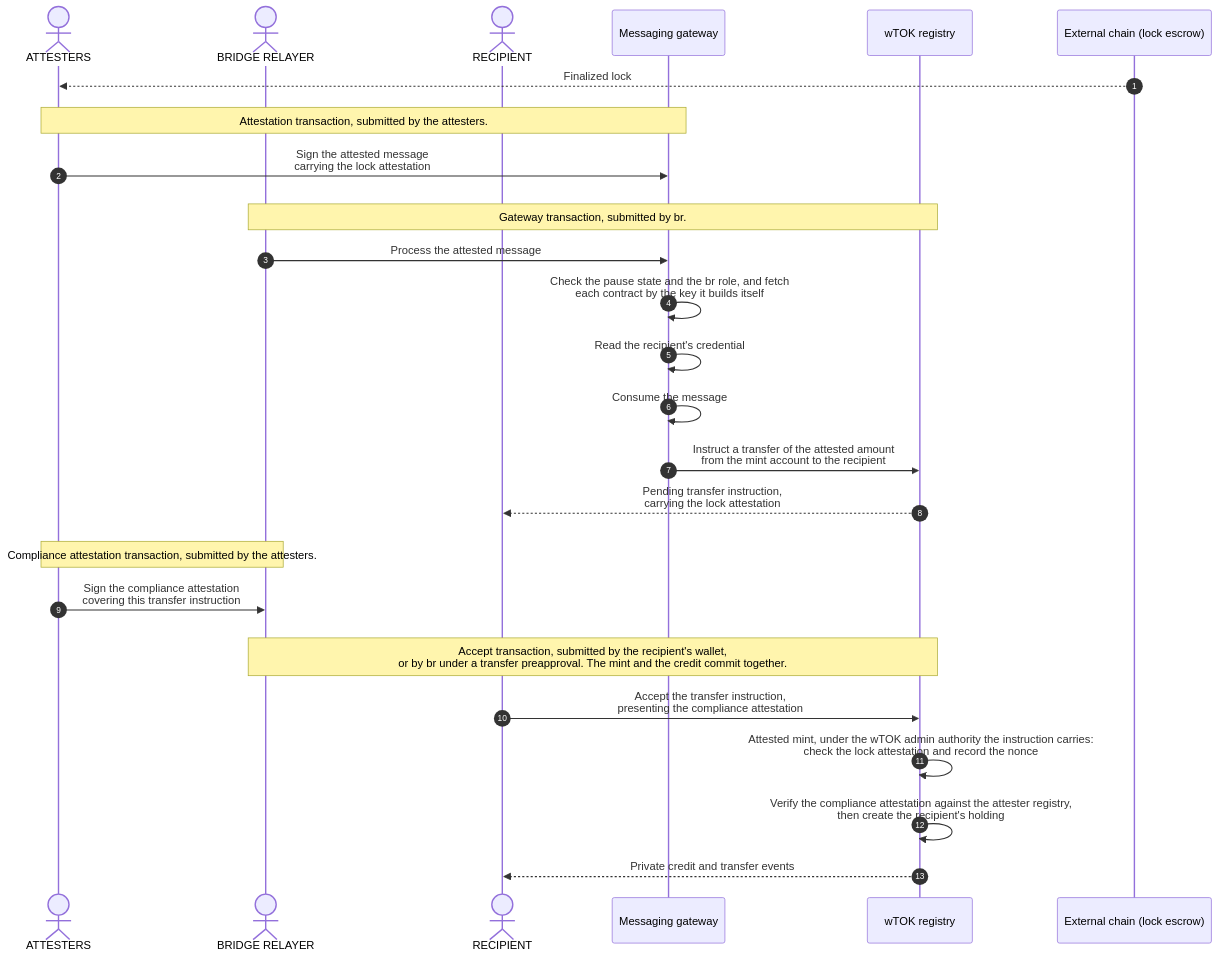
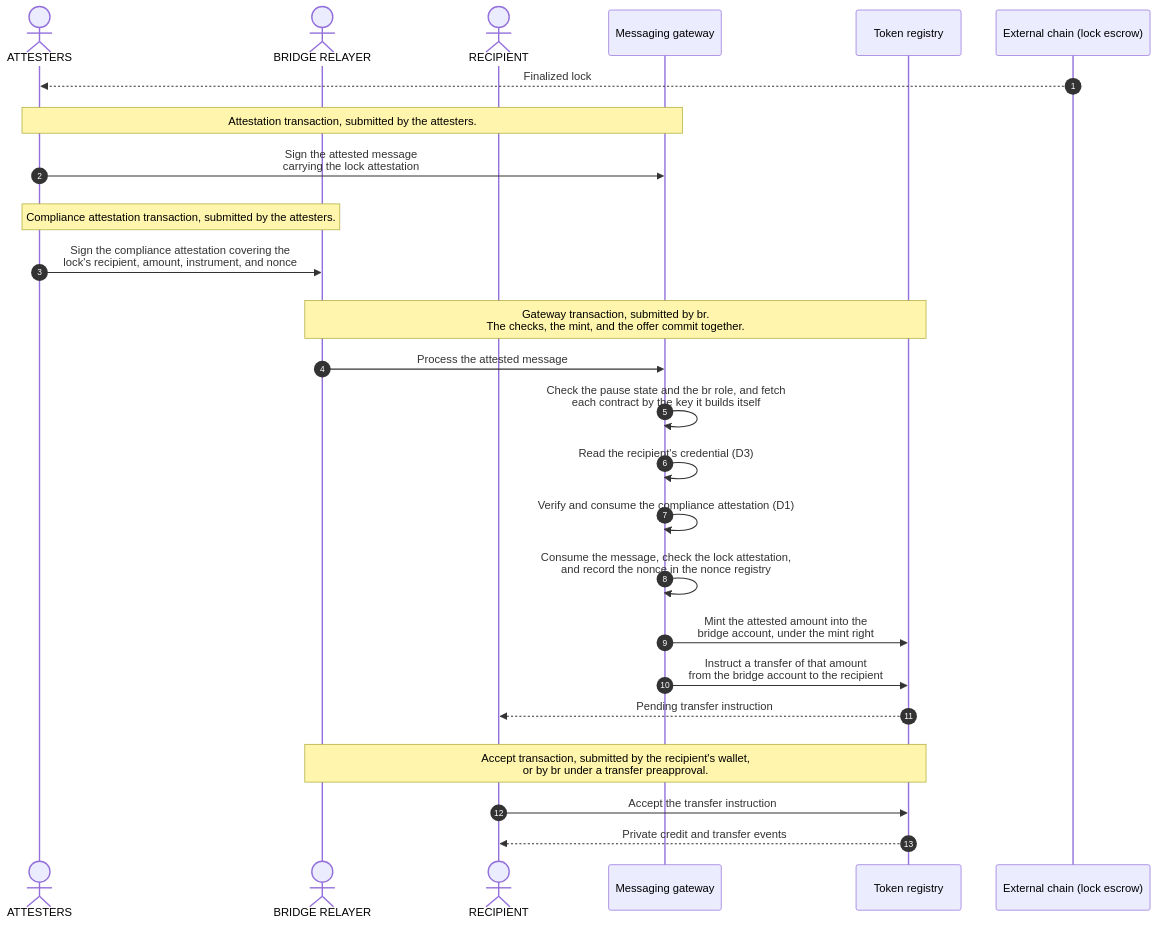
Before and after one commit to OpenZeppelin/canton-specs: the first of 3 diagrams in docs/reference-architectures/cross-chain-stablecoin.md, drawn with Mermaid. The commit also changed other lines of this file, not shown here.

Commit message:
Make cross-chain bridge registry-agnostic: gateway-side D1/D3 checks, registry-level D2, bridge-account mint, disclosure-only attester reads

````diff
--- a/docs/reference-architectures/cross-chain-stablecoin.md
+++ b/docs/reference-architectures/cross-chain-stablecoin.md
@@ -376,36 +385,36 @@
 ```mermaid
 sequenceDiagram
     autonumber
     actor Attesters as ATTESTERS
     actor Relayer as BRIDGE RELAYER
     actor Recipient as RECIPIENT
     participant App as Messaging gateway
-    participant Registry as wTOK registry
+    participant Registry as Token registry
     participant Chain as External chain (lock escrow)
 
     Chain-->>Attesters: Finalized lock
     rect rgba(255, 255, 255, .1)
         Note over Attesters,App: Attestation transaction, submitted by the attesters.
         Attesters->>App: Sign the attested message<br/>carrying the lock attestation
     end
     rect rgba(255, 255, 255, .1)
-        Note over Relayer,Registry: Gateway transaction, submitted by br.
+        Note over Attesters,Relayer: Compliance attestation transaction, submitted by the attesters.
+        Attesters->>Relayer: Sign the compliance attestation covering the<br/>lock's recipient, amount, instrument, and nonce
+    end
+    rect rgba(255, 255, 255, .1)
+        Note over Relayer,Registry: Gateway transaction, submitted by br.<br/>The checks, the mint, and the offer commit together.
         Relayer->>App: Process the attested message
         App->>App: Check the pause state and the br role, and fetch<br/>each contract by the key it builds itself
-        App->>App: Read the recipient's credential
-        App->>App: Consume the message
-        App->>Registry: Instruct a transfer of the attested amount<br/>from the mint account to the recipient
-        Registry-->>Recipient: Pending transfer instruction,<br/>carrying the lock attestation
+        App->>App: Read the recipient's credential (D3)
+        App->>App: Verify and consume the compliance attestation (D1)
+        App->>App: Consume the message, check the lock attestation,<br/>and record the nonce in the nonce registry
+        App->>Registry: Mint the attested amount into the<br/>bridge account, under the mint right
+        App->>Registry: Instruct a transfer of that amount<br/>from the bridge account to the recipient
+        Registry-->>Recipient: Pending transfer instruction
     end
     rect rgba(255, 255, 255, .1)
-        Note over Attesters,Relayer: Compliance attestation transaction, submitted by the attesters.
-        Attesters->>Relayer: Sign the compliance attestation<br/>covering this transfer instruction
-    end
-    rect rgba(255, 255, 255, .1)
-        Note over Relayer,Registry: Accept transaction, submitted by the recipient's wallet,<br/>or by br under a transfer preapproval. The mint and the credit commit together.
-        Recipient->>Registry: Accept the transfer instruction,<br/>presenting the compliance attestation
-        Registry->>Registry: Attested mint, under the wTOK admin authority the instruction carries:<br/>check the lock attestation and record the nonce
-        Registry->>Registry: Verify the compliance attestation against the attester registry,<br/>then create the recipient's holding
+        Note over Relayer,Registry: Accept transaction, submitted by the recipient's wallet,<br/>or by br under a transfer preapproval.
+        Recipient->>Registry: Accept the transfer instruction
         Registry-->>Recipient: Private credit and transfer events
     end
 ```
````
